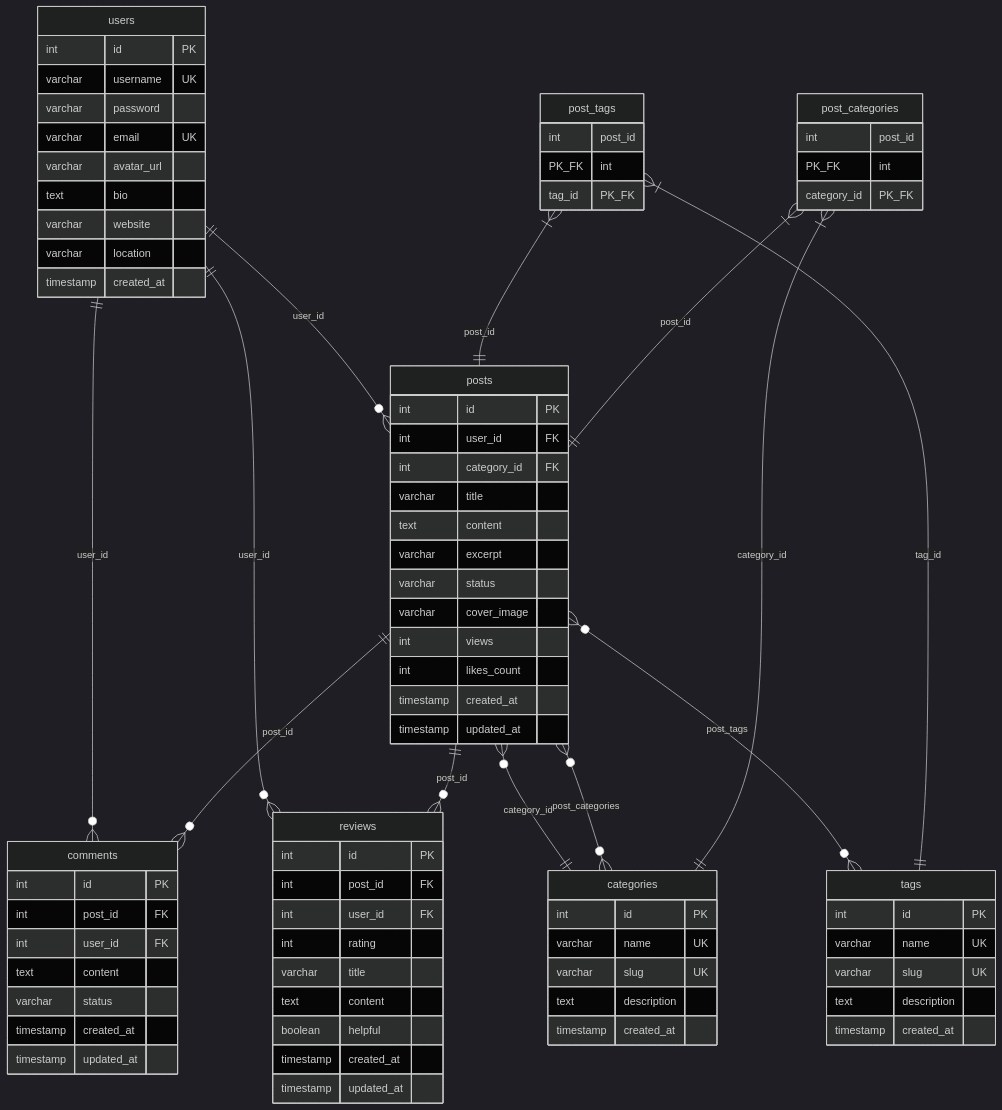
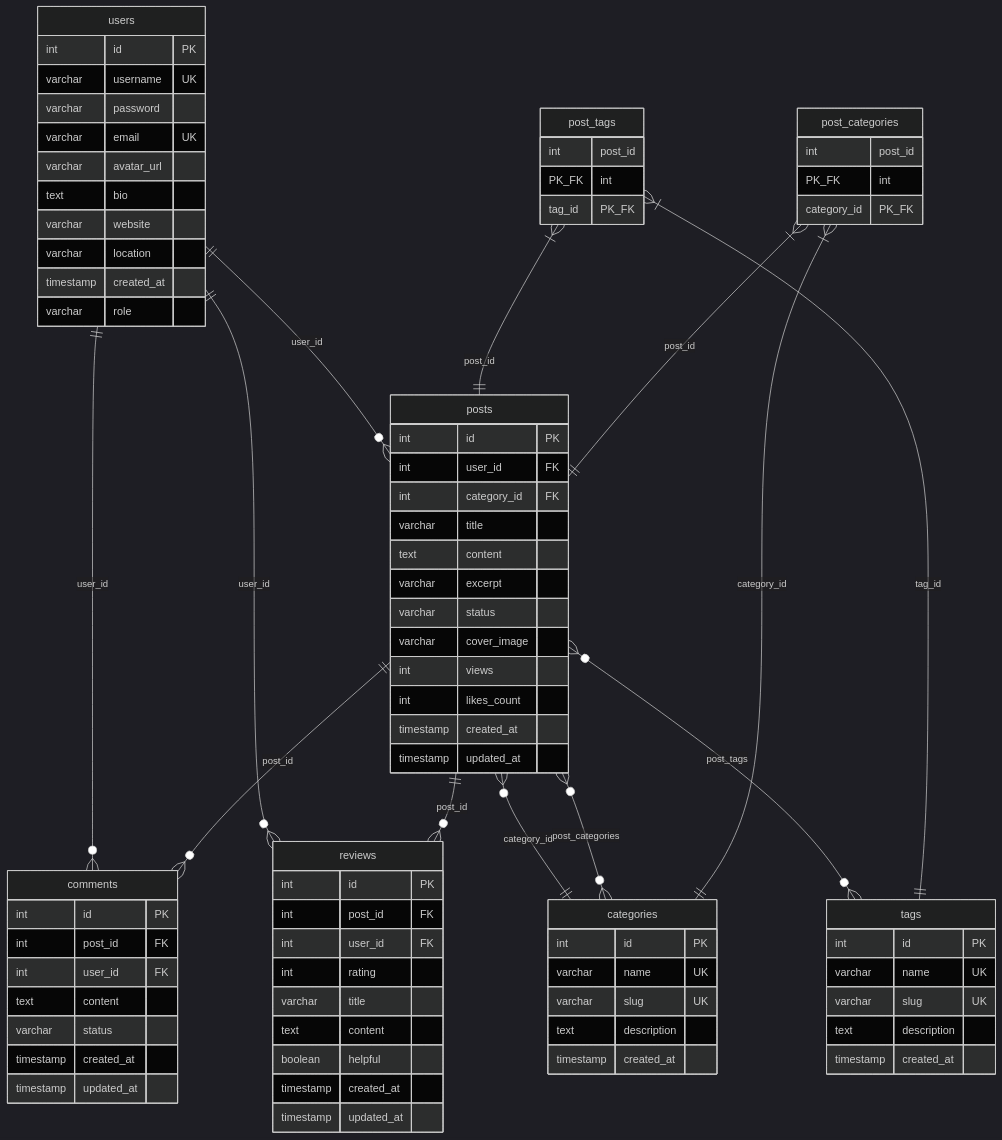
The second of 3 diagrams in DATABASE_MODELS.md (Kratosgado/java_blog), drawn with Mermaid (dark theme) before and after one commit. The commit also changed other lines of this file and 3 other files, not shown here.

Commit message:
refactor(lab-5): update schema and add constraints

```diff
--- a/DATABASE_MODELS.md
+++ b/DATABASE_MODELS.md
@@ -94,6 +94,7 @@
         varchar website
         varchar location
         timestamp created_at
+        varchar role
     }
 
     posts {
```
